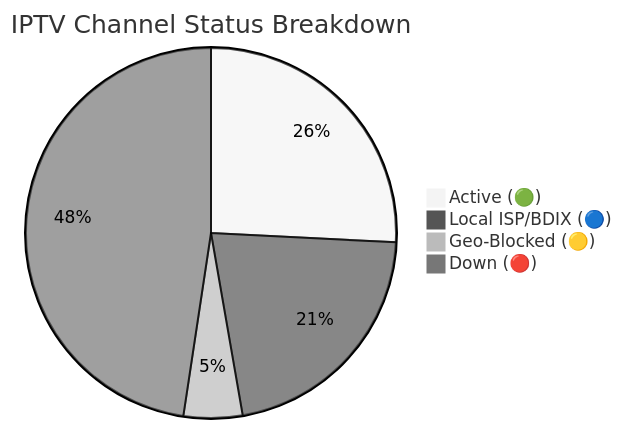
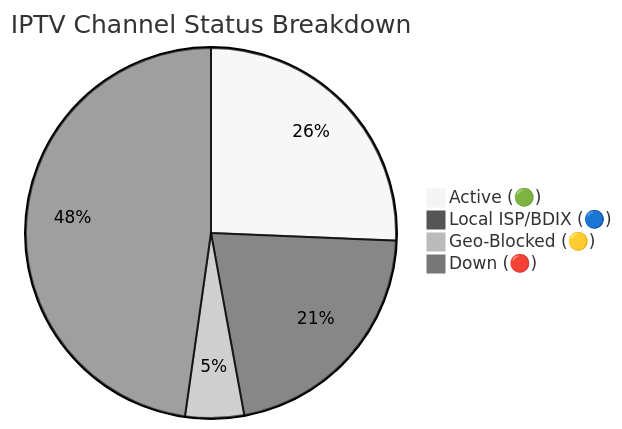
One commit to Zaman-Topu/Ip-tv-Collection changed the diagram in README.md. Above: the diagram before and after it, drawn with Mermaid (neutral theme). The commit also changed other lines of this file and 6 other files, not shown here.

````diff
--- a/README.md
+++ b/README.md
@@ -118,7 +118,7 @@
 ```mermaid
 pie title IPTV Channel Status Breakdown
-    "Active (🟢)" : 10778
+    "Active (🟢)" : 10715
     "Local ISP/BDIX (🔵)" : 8965
-    "Geo-Blocked (🟡)" : 2144
-    "Down (🔴)" : 19890
+    "Geo-Blocked (🟡)" : 2140
+    "Down (🔴)" : 19944
 ```
````
